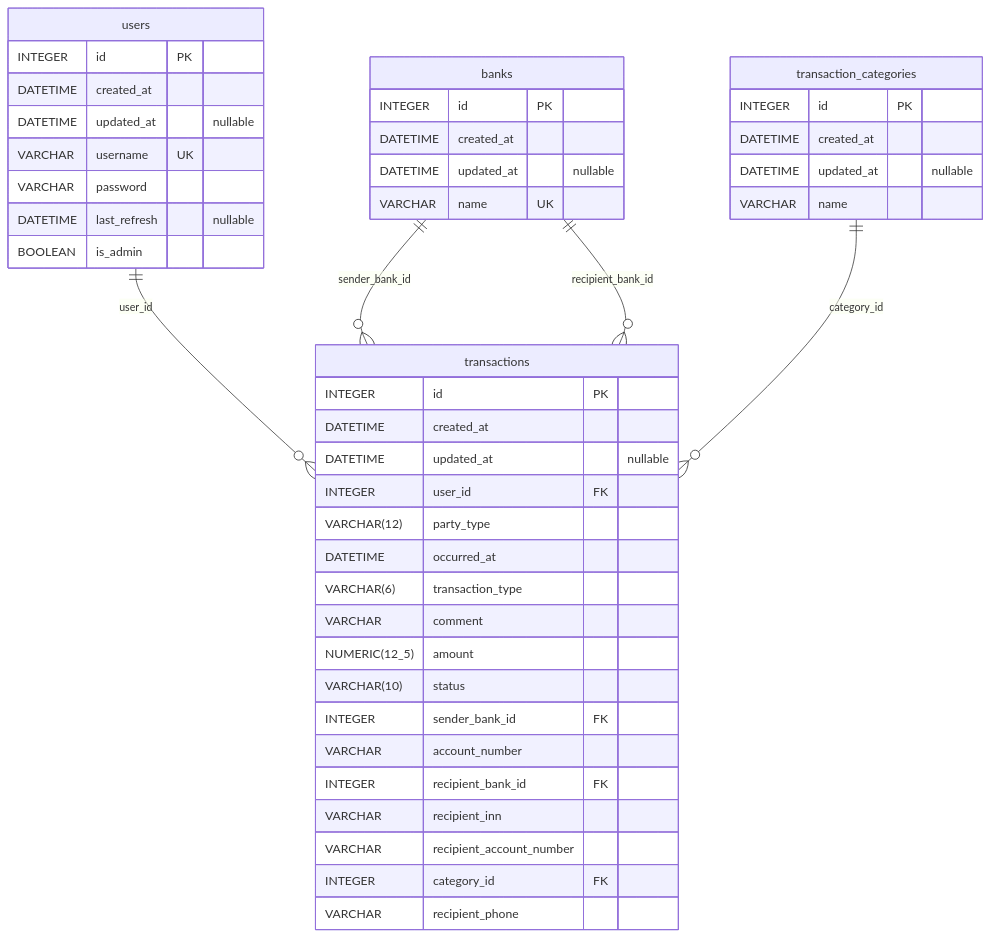
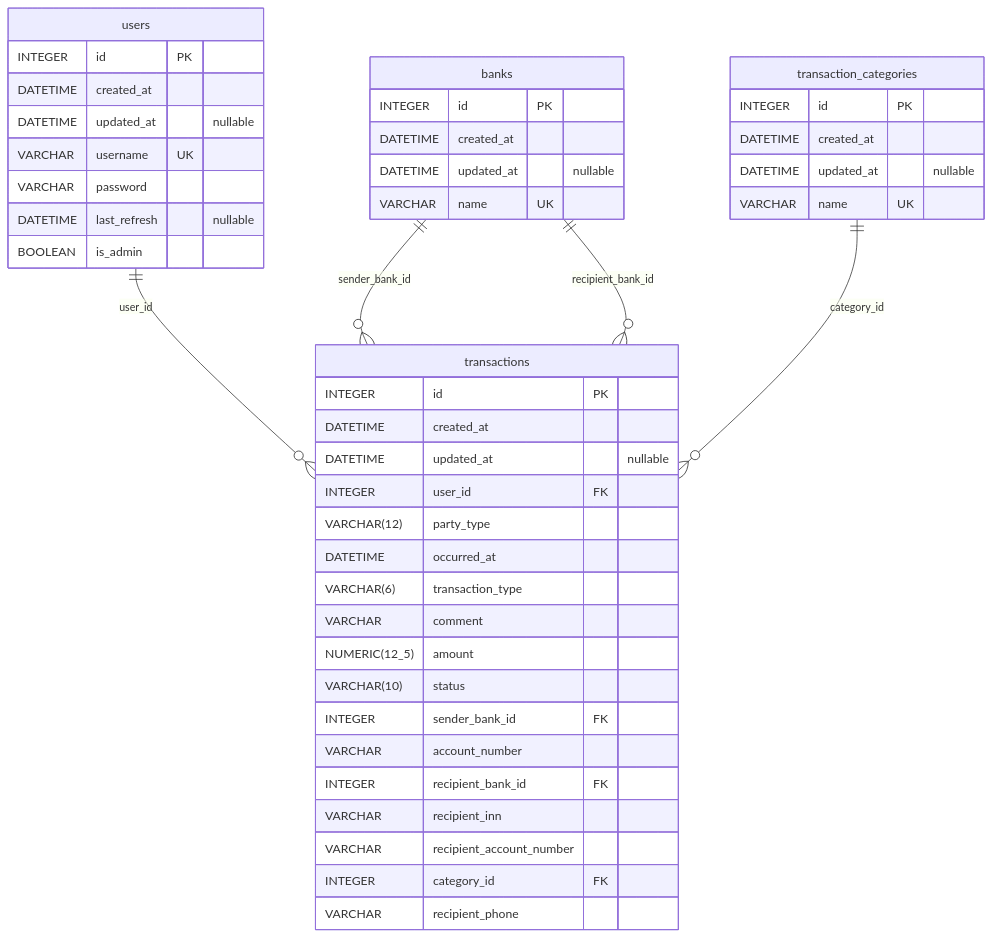
The diagram in README.md (dzherb/mifi-finances), drawn with Mermaid before and after one commit. The commit also changed 2 other files, not shown here.

Commit message:
feat(db): add unique constraint to TransactionCategory name

````diff
--- a/README.md
+++ b/README.md
@@ -8,52 +8,52 @@
 ```mermaid
 erDiagram
   users {
     INTEGER id PK
     DATETIME created_at
     DATETIME updated_at "nullable"
     VARCHAR username UK
     VARCHAR password
     DATETIME last_refresh "nullable"
     BOOLEAN is_admin
   }
 
   transaction_categories {
     INTEGER id PK
     DATETIME created_at
     DATETIME updated_at "nullable"
-    VARCHAR name
+    VARCHAR name UK
   }
 
   transactions {
     INTEGER id PK
     DATETIME created_at
     DATETIME updated_at "nullable"
     INTEGER user_id FK
     VARCHAR(12) party_type
     DATETIME occurred_at
     VARCHAR(6) transaction_type
     VARCHAR comment
     NUMERIC(12_5) amount
     VARCHAR(10) status
     INTEGER sender_bank_id FK
     VARCHAR account_number
     INTEGER recipient_bank_id FK
     VARCHAR recipient_inn
     VARCHAR recipient_account_number
     INTEGER category_id FK
     VARCHAR recipient_phone
   }
 
   banks {
     INTEGER id PK
     DATETIME created_at
     DATETIME updated_at "nullable"
     VARCHAR name UK
   }
 
   users ||--o{ transactions : user_id
   banks ||--o{ transactions : sender_bank_id
   banks ||--o{ transactions : recipient_bank_id
   transaction_categories ||--o{ transactions : category_id
 
 ```
````
